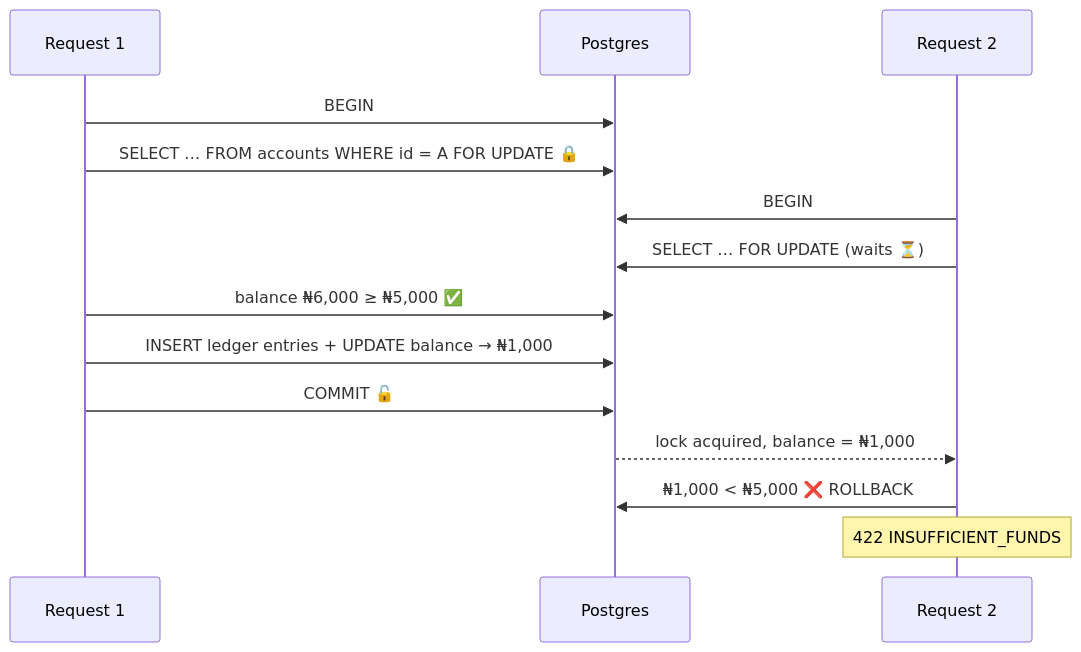
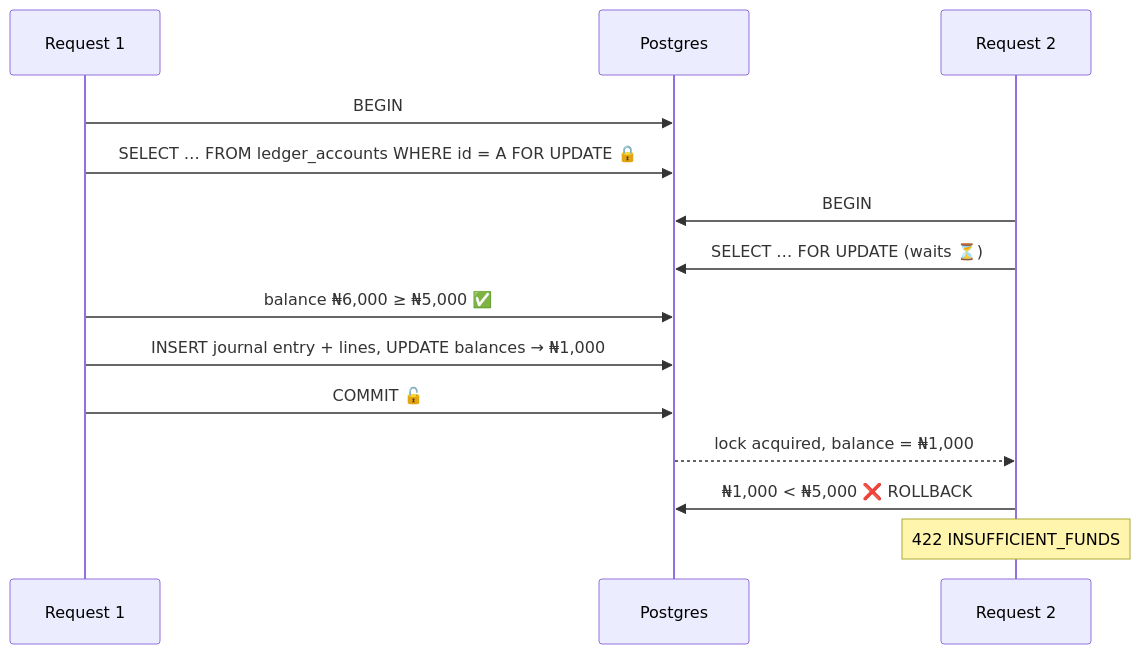
Before and after one commit to devhenode/Banking-API: the first of 3 diagrams in docs/DESIGN.md, drawn with Mermaid. The commit also changed other lines of this file and 3 other files, not shown here.

````diff
--- a/docs/DESIGN.md
+++ b/docs/DESIGN.md
@@ -153,16 +162,16 @@
 ```mermaid
 sequenceDiagram
     participant R1 as Request 1
     participant DB as Postgres
     participant R2 as Request 2
     R1->>DB: BEGIN
-    R1->>DB: SELECT … FROM accounts WHERE id = A FOR UPDATE 🔒
+    R1->>DB: SELECT … FROM ledger_accounts WHERE id = A FOR UPDATE 🔒
     R2->>DB: BEGIN
     R2->>DB: SELECT … FOR UPDATE (waits ⏳)
     R1->>DB: balance ₦6,000 ≥ ₦5,000 ✅
-    R1->>DB: INSERT ledger entries + UPDATE balance → ₦1,000
+    R1->>DB: INSERT journal entry + lines, UPDATE balances → ₦1,000
     R1->>DB: COMMIT 🔓
     DB-->>R2: lock acquired, balance = ₦1,000
     R2->>DB: ₦1,000 < ₦5,000 ❌ ROLLBACK
     Note over R2: 422 INSUFFICIENT_FUNDS
 ```
````
